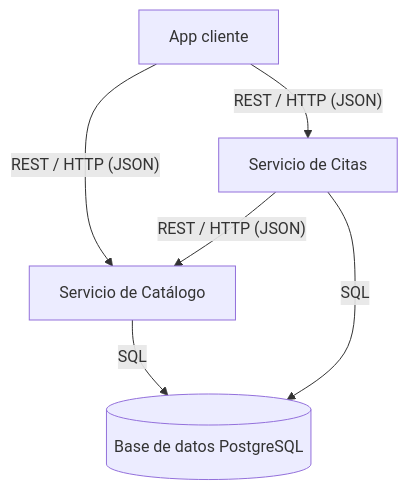
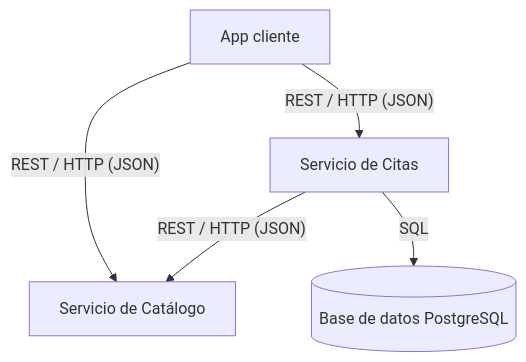
One commit to ChaimaeMoussaoui8/nail-booking-cloud changed the diagram in README.md. Above: the diagram before and after it, drawn with Mermaid. The commit also changed other lines of this file, not shown here.

````diff
--- a/README.md
+++ b/README.md
@@ -113,13 +129,12 @@
 ```mermaid
 flowchart TD
     APP["App cliente"]
     CAT["Servicio de Catálogo"]
     APT["Servicio de Citas"]
     DB[("Base de datos PostgreSQL")]
 
     APP -- "REST / HTTP (JSON)" --> CAT
     APP -- "REST / HTTP (JSON)" --> APT
     APT -- "REST / HTTP (JSON)" --> CAT
-    CAT -- "SQL" --> DB
     APT -- "SQL" --> DB
 ```
````
